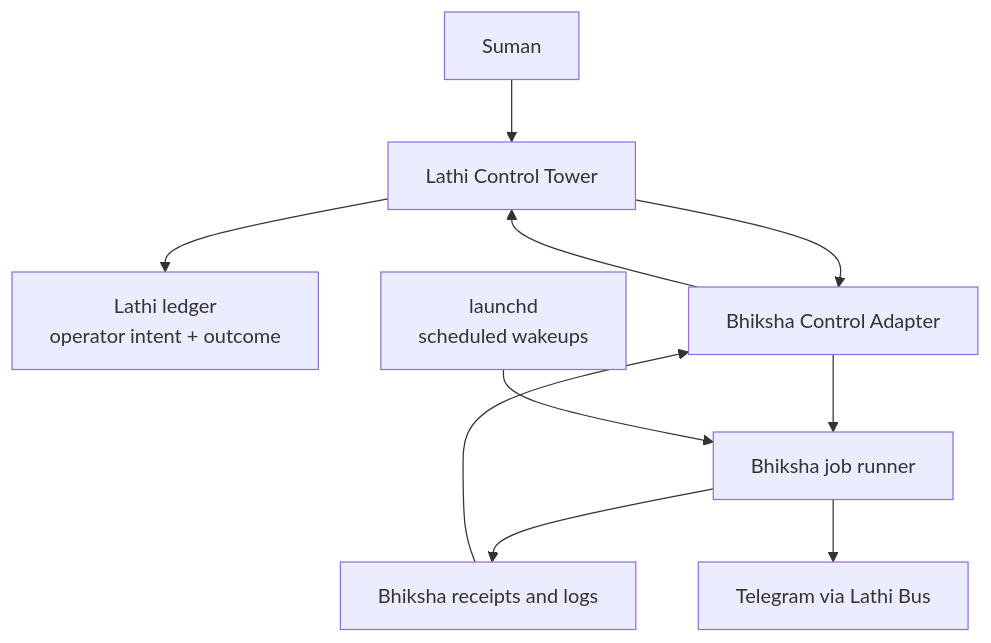
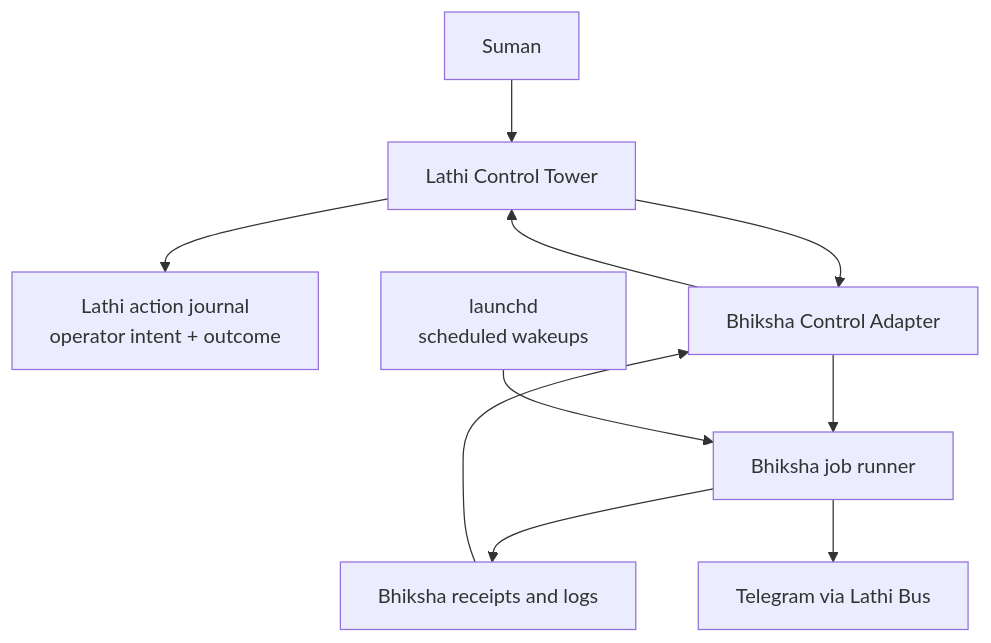
One commit to skishore1676/bhiksha changed the diagram in docs/lathi_control_tower_bhiksha_jobs.md. Above: the diagram before and after it, drawn with Mermaid. The commit also changed other lines of this file and 8 other files, not shown here.

````diff
--- a/docs/lathi_control_tower_bhiksha_jobs.md
+++ b/docs/lathi_control_tower_bhiksha_jobs.md
@@ -74,21 +74,21 @@
 ```mermaid
 flowchart TD
     operator["Suman"]
     tower["Lathi Control Tower"]
-    lathi_ledger["Lathi ledger\noperator intent + outcome"]
+    lathi_ledger["Lathi action journal\noperator intent + outcome"]
     adapter["Bhiksha Control Adapter"]
     launchd["launchd\nscheduled wakeups"]
     runner["Bhiksha job runner"]
     receipts["Bhiksha receipts and logs"]
     telegram["Telegram via Lathi Bus"]
 
     operator --> tower
     tower --> lathi_ledger
     tower --> adapter
     adapter --> runner
     launchd --> runner
     runner --> receipts
     runner --> telegram
     receipts --> adapter
     adapter --> tower
 ```
````
